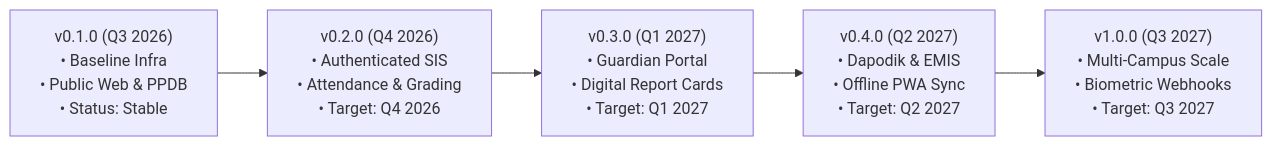
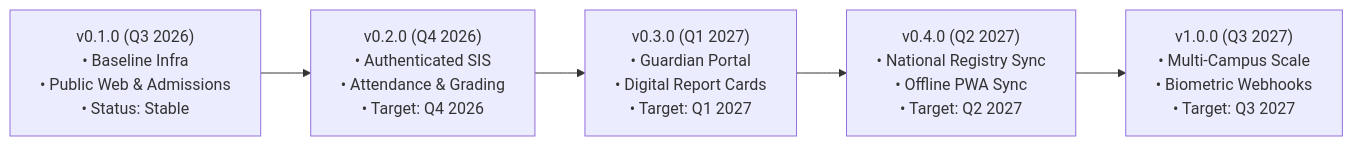
One commit to Mafrilearth/albirru-school-management-monorepo changed the diagram in ROADMAP.md. Above: the diagram before and after it, drawn with Mermaid. The commit also changed other lines of this file and 31 other files, not shown here.

````diff
--- a/ROADMAP.md
+++ b/ROADMAP.md
@@ -9,7 +9,7 @@
 ```mermaid
 flowchart LR
-    M0["v0.1.0 (Q3 2026)<br/>• Baseline Infra<br/>• Public Web & PPDB<br/>• Status: Stable"] --> M1["v0.2.0 (Q4 2026)<br/>• Authenticated SIS<br/>• Attendance & Grading<br/>• Target: Q4 2026"]
+    M0["v0.1.0 (Q3 2026)<br/>• Baseline Infra<br/>• Public Web & Admissions<br/>• Status: Stable"] --> M1["v0.2.0 (Q4 2026)<br/>• Authenticated SIS<br/>• Attendance & Grading<br/>• Target: Q4 2026"]
     M1 --> M2["v0.3.0 (Q1 2027)<br/>• Guardian Portal<br/>• Digital Report Cards<br/>• Target: Q1 2027"]
-    M2 --> M3["v0.4.0 (Q2 2027)<br/>• Dapodik & EMIS<br/>• Offline PWA Sync<br/>• Target: Q2 2027"]
+    M2 --> M3["v0.4.0 (Q2 2027)<br/>• National Registry Sync<br/>• Offline PWA Sync<br/>• Target: Q2 2027"]
     M3 --> M4["v1.0.0 (Q3 2027)<br/>• Multi-Campus Scale<br/>• Biometric Webhooks<br/>• Target: Q3 2027"]
 ```
````
